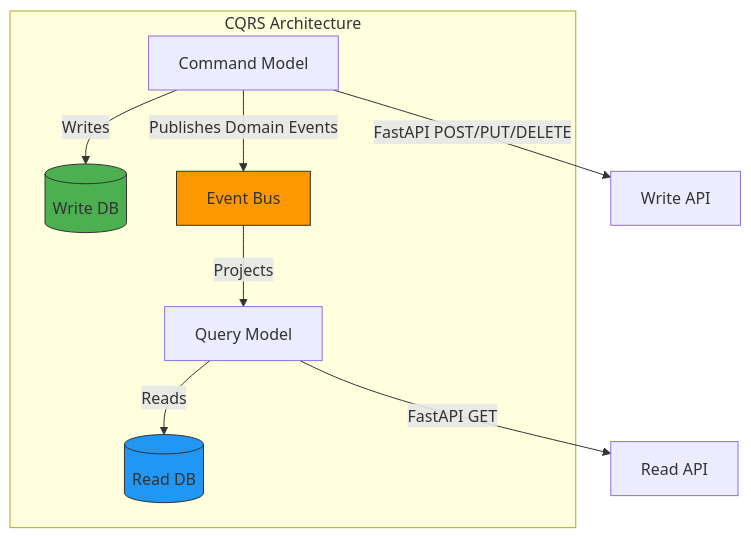
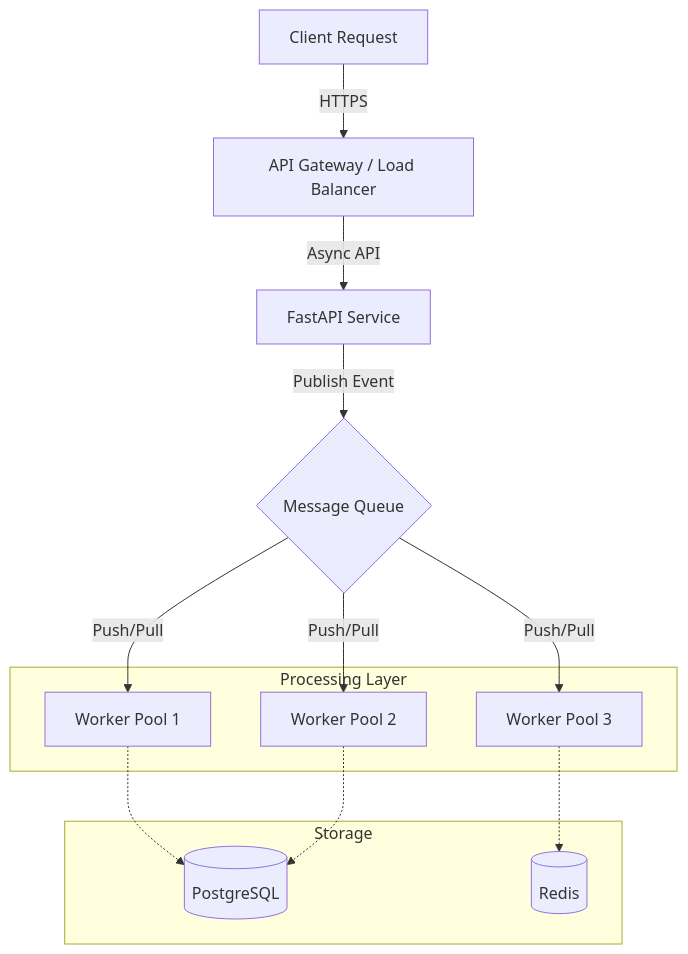
One commit to govindtank/govindtank.github.io changed the diagram in src/content/blog/building-scalable-microservices-with-fastapi-and-event-driven-architecture.md. Above: the diagram before and after it, drawn with Mermaid. The commit also changed other lines of this file and 1 other file, not shown here.

First line of the commit message:
blog: Add Building Scalable Microservices with FastAPI and Event-Driven Architecture - 2026-06-23

````diff
--- a/src/content/blog/building-scalable-microservices-with-fastapi-and-event-driven-architecture.md
+++ b/src/content/blog/building-scalable-microservices-with-fastapi-and-event-driven-architecture.md
@@ -526,16 +35,25 @@
 ```mermaid
 graph TD
-    subgraph "CQRS Architecture"
-        CMD[Command Model] -->|Writes| WRITE[(Write DB)]
-        QR[Query Model] -->|Reads| READ[(Read DB)]
-        CMD -->|Publishes Domain Events| EB[Event Bus]
-        EB -->|Projects| QR
+    Client[Client Request] -->|HTTPS| Gateway[API Gateway / Load Balancer]
+    Gateway -->|Async API| FastAPI[FastAPI Service]
+    FastAPI -->|Publish Event| Broker{Message Queue}
+    
+    subgraph "Processing Layer"
+        Worker1[Worker Pool 1]
+        Worker2[Worker Pool 2]
+        Worker3[Worker Pool 3]
     end
     
-    CMD -->|FastAPI POST/PUT/DELETE| API1[Write API]
-    QR -->|FastAPI GET| API2[Read API]
+    Broker -->|Push/Pull| Worker1
+    Broker -->|Push/Pull| Worker2
+    Broker -->|Push/Pull| Worker3
     
-    style WRITE fill:#4caf50,stroke:#333
-    style READ fill:#2196f3,stroke:#333
-    style EB fill:#ff9800,stroke:#333
+    subgraph "Storage"
+        DB[(PostgreSQL)]
+        Cache[(Redis)]
+    end
+    
+    Worker1 -.-> DB
+    Worker2 -.-> DB
+    Worker3 -.-> Cache
 ```
````
